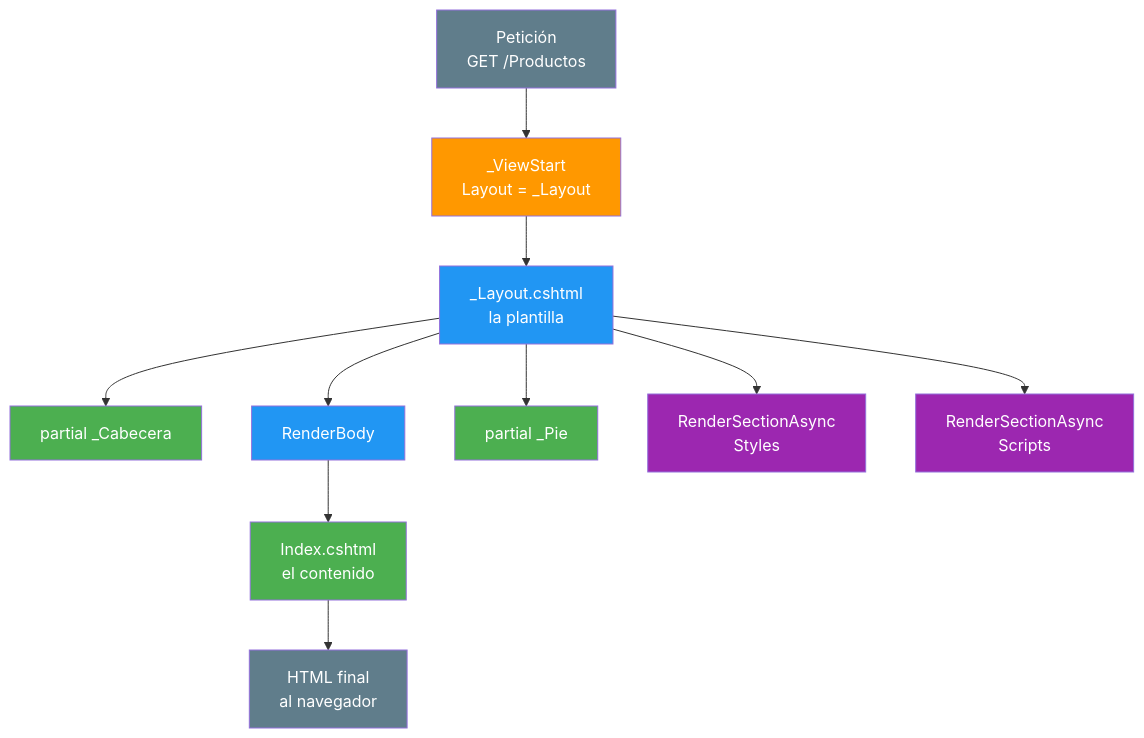
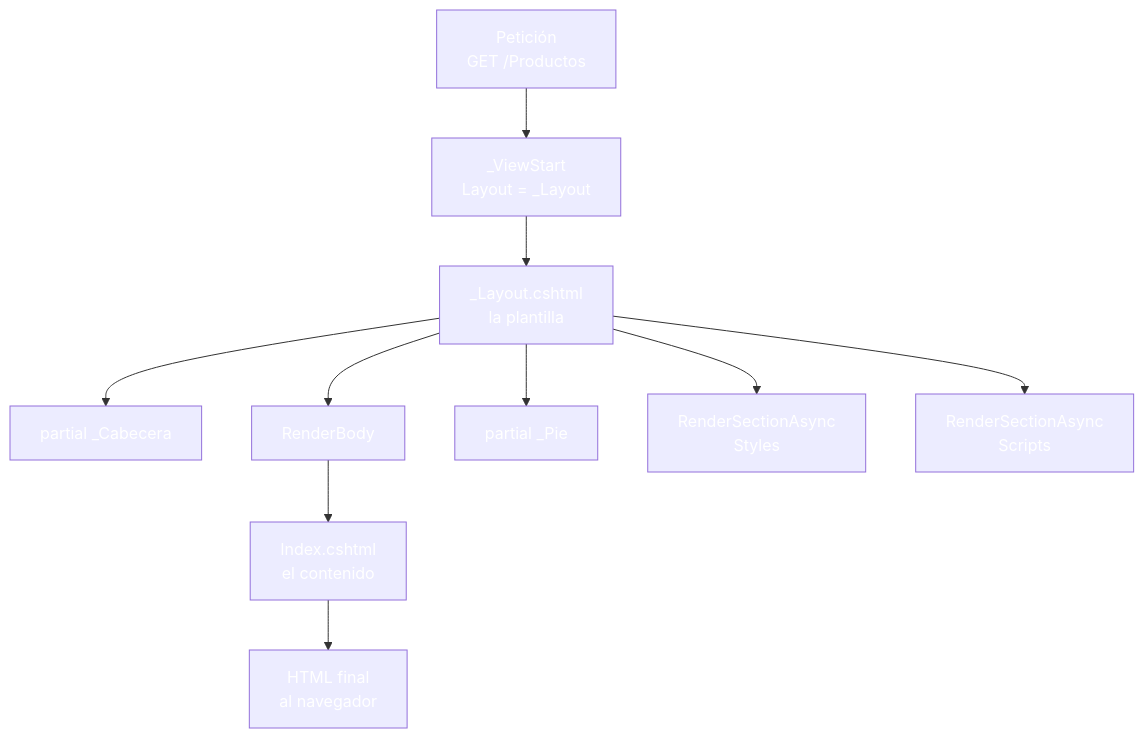
One commit to joseluisgs/DesarrolloWebEntornosServidor-03-2026-2027 changed the second of 5 diagrams in 05-layouts-partials-componentes.md. Above: the diagram before and after it, drawn with Mermaid. The commit also changed other lines of this file and 30 other files, not shown here.

````diff
--- a/05-layouts-partials-componentes.md
+++ b/05-layouts-partials-componentes.md
@@ -182,23 +182,23 @@
 ```mermaid
 graph TD
     A["Petición<br/>GET /Productos"] --> B["_ViewStart<br/>Layout = _Layout"]
     B --> C["_Layout.cshtml<br/>la plantilla"]
     C --> D["partial _Cabecera"]
     C --> E["RenderBody"]
     C --> F["partial _Pie"]
     C --> G["RenderSectionAsync<br/>Styles"]
     C --> H["RenderSectionAsync<br/>Scripts"]
     E --> I["Index.cshtml<br/>el contenido"]
     I --> J["HTML final<br/>al navegador"]
 
-    style A fill:#607D8B,color:#fff
-    style B fill:#FF9800,color:#fff
-    style C fill:#2196F3,color:#fff
-    style D fill:#4CAF50,color:#fff
-    style E fill:#2196F3,color:#fff
-    style F fill:#4CAF50,color:#fff
-    style G fill:#9C27B0,color:#fff
-    style H fill:#9C27B0,color:#fff
-    style I fill:#4CAF50,color:#fff
-    style J fill:#607D8B,color:#fff
+    style A fill:#607D8,color:#fffB,color:#fff
+    style B fill:#FF980,color:#fff0,color:#fff
+    style C fill:#2196F,color:#fff3,color:#fff
+    style D fill:#4CAF5,color:#fff0,color:#fff
+    style E fill:#2196F,color:#fff3,color:#fff
+    style F fill:#4CAF5,color:#fff0,color:#fff
+    style G fill:#9C27B,color:#fff0,color:#fff
+    style H fill:#9C27B,color:#fff0,color:#fff
+    style I fill:#4CAF5,color:#fff0,color:#fff
+    style J fill:#607D8,color:#fffB,color:#fff
 ```
````
